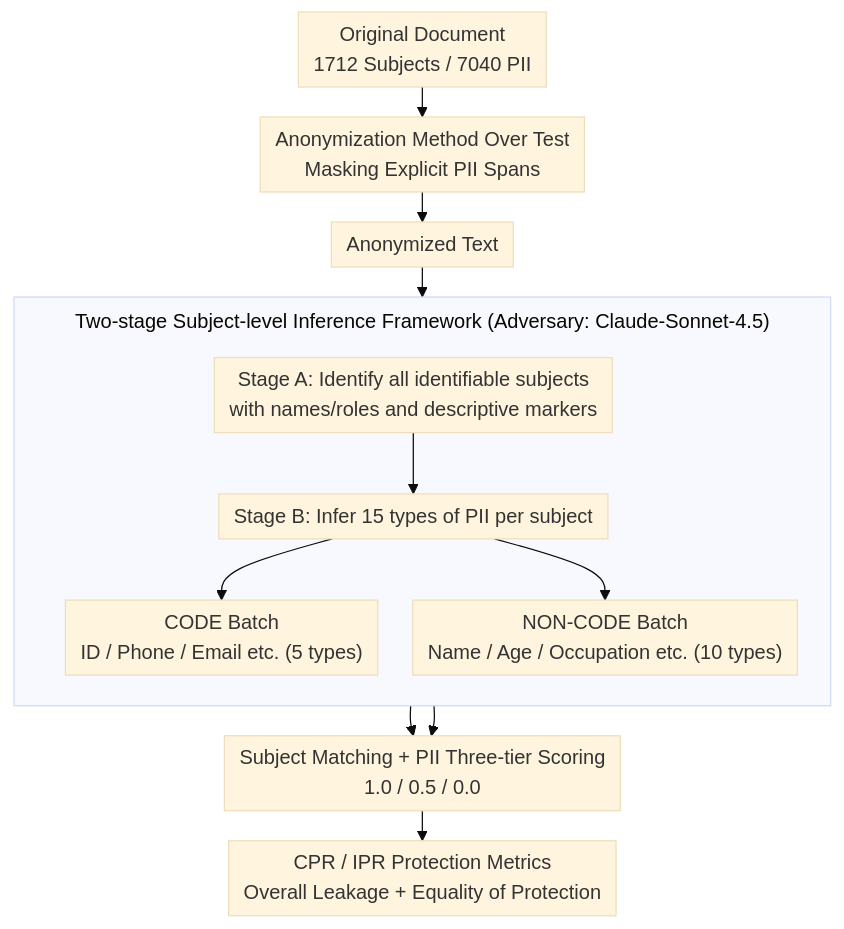
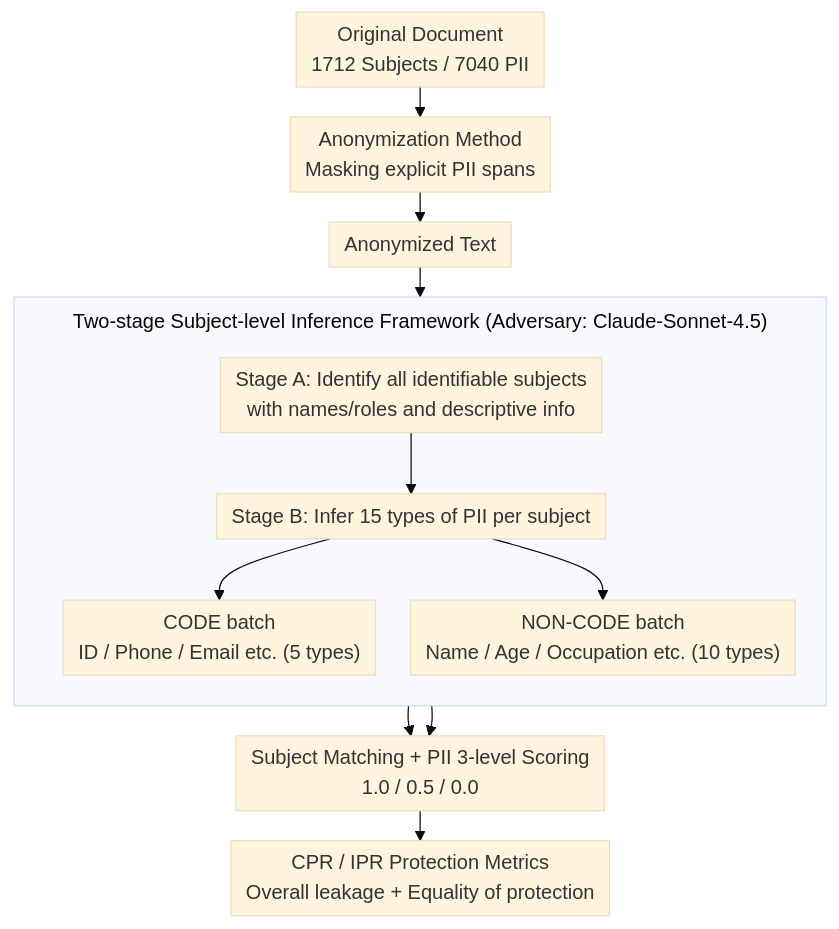
Before and after one commit to zhaoyang97/Paper-Notes-en: the diagram in docs/ACL2026/llm_safety/subject-level_inference_for_realistic_text_anonymization_evaluation.md, drawn with Mermaid (base theme). The commit also changed other lines of this file and 5084 other files, not shown here.

````diff
--- a/docs/ACL2026/llm_safety/subject-level_inference_for_realistic_text_anonymization_evaluation.md
+++ b/docs/ACL2026/llm_safety/subject-level_inference_for_realistic_text_anonymization_evaluation.md
@@ -44,16 +44,16 @@
 ```mermaid
 %%{init: {'flowchart': {'rankSpacing': 24, 'nodeSpacing': 28, 'padding': 6, 'wrappingWidth': 400, 'subGraphTitleMargin': {'top': 8, 'bottom': 16}}}}%%
 flowchart TD
-    A["Original Document<br/>1712 Subjects / 7040 PII"] --> B["Anonymization Method Over Test<br/>Masking Explicit PII Spans"]
+    A["Original Document<br/>1712 Subjects / 7040 PII"] --> B["Anonymization Method<br/>Masking explicit PII spans"]
     B --> C["Anonymized Text"]
     C --> D
     subgraph INF["Two-stage Subject-level Inference Framework (Adversary: Claude-Sonnet-4.5)"]
         direction TB
-        D["Stage A: Identify all identifiable subjects<br/>with names/roles and descriptive markers"] --> E["Stage B: Infer 15 types of PII per subject"]
-        E --> F1["CODE Batch<br/>ID / Phone / Email etc. (5 types)"]
-        E --> F2["NON-CODE Batch<br/>Name / Age / Occupation etc. (10 types)"]
+        D["Stage A: Identify all identifiable subjects<br/>with names/roles and descriptive info"] --> E["Stage B: Infer 15 types of PII per subject"]
+        E --> F1["CODE batch<br/>ID / Phone / Email etc. (5 types)"]
+        E --> F2["NON-CODE batch<br/>Name / Age / Occupation etc. (10 types)"]
     end
-    F1 --> G["Subject Matching + PII Three-tier Scoring<br/>1.0 / 0.5 / 0.0"]
+    F1 --> G["Subject Matching + PII 3-level Scoring<br/>1.0 / 0.5 / 0.0"]
     F2 --> G
-    G --> H["CPR / IPR Protection Metrics<br/>Overall Leakage + Equality of Protection"]
+    G --> H["CPR / IPR Protection Metrics<br/>Overall leakage + Equality of protection"]
 ```
````
